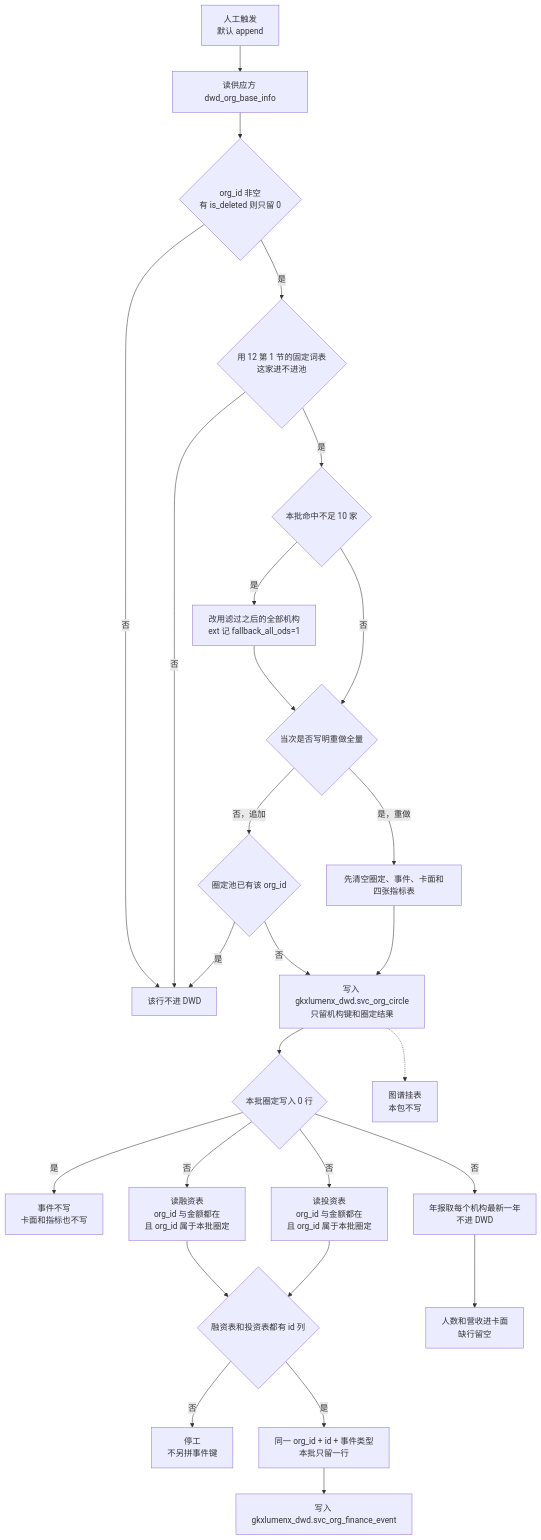
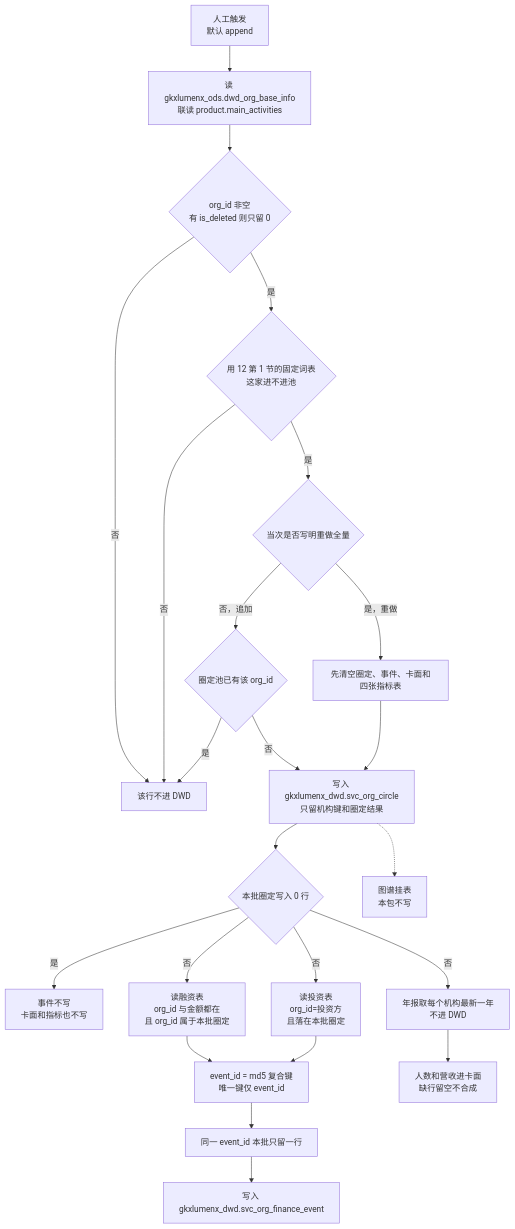
One commit to Marisolebxf/- changed the diagram in agent-delivery/data/GDF/派单包/服务机构/GDF-SVC-WORKPACK/08-供应方四表进入DWD.md. Above: the diagram before and after it, drawn with Mermaid. The commit also changed other lines of this file and 19 other files, not shown here.

````diff
--- a/agent-delivery/data/GDF/派单包/服务机构/GDF-SVC-WORKPACK/08-供应方四表进入DWD.md
+++ b/agent-delivery/data/GDF/派单包/服务机构/GDF-SVC-WORKPACK/08-供应方四表进入DWD.md
@@ -32,47 +33,41 @@
 ```mermaid
 flowchart TB
   START["人工触发<br/>默认 append"]
-  BASE["读供应方 dwd_org_base_info"]
+  BASE["读 gkxlumenx_ods.dwd_org_base_info<br/>联读 product.main_activities"]
   KEEP{"org_id 非空<br/>有 is_deleted 则只留 0"}
   DROP1["该行不进 DWD"]
   HIT{"用 12 第 1 节的固定词表<br/>这家进不进池"}
-  FEW{"本批命中不足 10 家"}
-  ALL["改用滤过之后的全部机构<br/>ext 记 fallback_all_ods=1"]
   MODE{"当次是否写明重做全量"}
   EXIST{"圈定池已有该 org_id"}
   CLEAR["先清空圈定、事件、卡面和四张指标表"]
   CIR["写入 gkxlumenx_dwd.svc_org_circle<br/>只留机构键和圈定结果"]
   NONE{"本批圈定写入 0 行"}
   STOP["事件不写<br/>卡面和指标也不写"]
   FIN["读融资表<br/>org_id 与金额都在<br/>且 org_id 属于本批圈定"]
-  INV["读投资表<br/>org_id 与金额都在<br/>且 org_id 属于本批圈定"]
-  NOID{"融资表和投资表都有 id 列"}
-  HALT["停工<br/>不另拼事件键"]
-  ONE["同一 org_id + id + 事件类型<br/>本批只留一行"]
+  INV["读投资表<br/>org_id=投资方<br/>且落在本批圈定"]
+  COMP["event_id = md5 复合键<br/>唯一键仅 event_id"]
+  ONE["同一 event_id 本批只留一行"]
   EVT["写入 gkxlumenx_dwd.svc_org_finance_event"]
   ANN["年报取每个机构最新一年<br/>不进 DWD"]
-  CARD["人数和营收进卡面<br/>缺行留空"]
+  CARD["人数和营收进卡面<br/>缺行留空不合成"]
   HANG["图谱挂表<br/>本包不写"]
 
   START --> BASE --> KEEP
   KEEP -->|否| DROP1
   KEEP -->|是| HIT
   HIT -->|否| DROP1
-  HIT -->|是| FEW
-  FEW -->|是| ALL --> MODE
-  FEW -->|否| MODE
+  HIT -->|是| MODE
   MODE -->|否，追加| EXIST
   EXIST -->|是| DROP1
   EXIST -->|否| CIR
   MODE -->|是，重做| CLEAR --> CIR
   CIR --> NONE
   NONE -->|是| STOP
   NONE -->|否| FIN
   NONE -->|否| INV
-  FIN --> NOID
-  INV --> NOID
-  NOID -->|否| HALT
-  NOID -->|是| ONE --> EVT
+  FIN --> COMP
+  INV --> COMP
+  COMP --> ONE --> EVT
   NONE -->|否| ANN --> CARD
   CIR -.-> HANG
 ```
````
